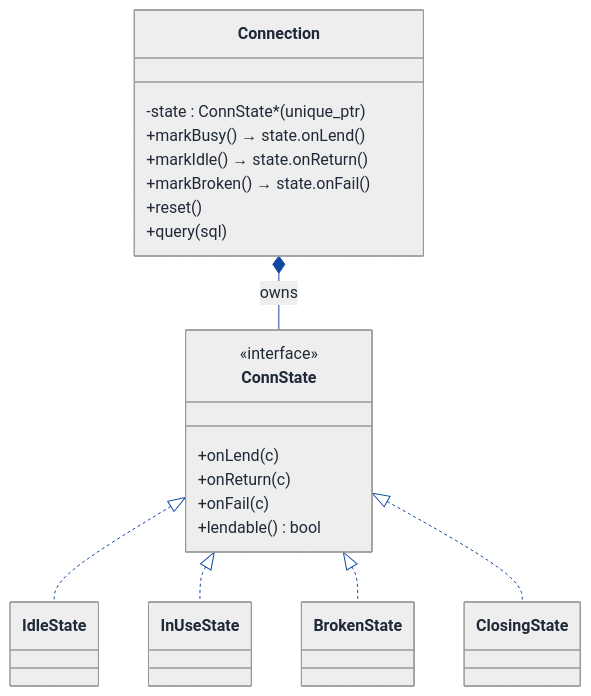
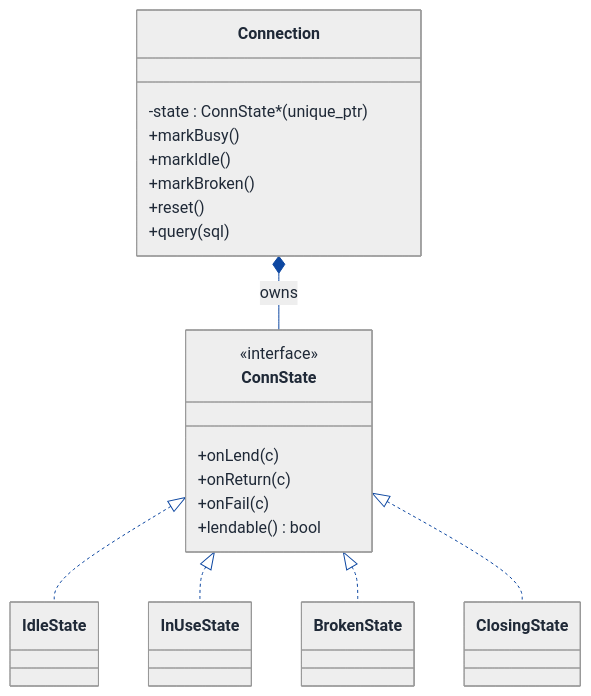
The sixth of 9 diagrams in LLD/Topics/Object_Oriented_Design/Connection_Pool_Manager.md (Prateek-5/question-bank), drawn with Mermaid before and after one commit. The commit also changed other lines of this file and 61 other files, not shown here.

First line of the commit message:
Fix invalid mermaid classDiagram member syntax across LLD walkthroughs

````diff
--- a/LLD/Topics/Object_Oriented_Design/Connection_Pool_Manager.md
+++ b/LLD/Topics/Object_Oriented_Design/Connection_Pool_Manager.md
@@ -944,60 +943,60 @@
 ```mermaid
 ---
 config:
   theme: neutral
   themeVariables:
     background: '#ffffff'
     primaryColor: '#cfe2ff'
     primaryTextColor: '#1f2937'
     primaryBorderColor: '#084298'
     secondaryColor: '#fff3cd'
     secondaryTextColor: '#1f2937'
     secondaryBorderColor: '#664d03'
     tertiaryColor: '#d1e7dd'
     tertiaryTextColor: '#1f2937'
     tertiaryBorderColor: '#0a3622'
     lineColor: '#0d47a1'
     textColor: '#1f2937'
     noteBkgColor: '#fff3cd'
     noteTextColor: '#1f2937'
     noteBorderColor: '#997404'
     actorBkg: '#cfe2ff'
     actorBorder: '#084298'
     actorTextColor: '#1f2937'
     signalColor: '#0d47a1'
     signalTextColor: '#1f2937'
     labelBoxBkgColor: '#ffffff'
     labelBoxBorderColor: '#d3d3d3'
     labelTextColor: '#1f2937'
     edgeLabelBackground: '#ffffff'
     labelBackground: '#ffffff'
     classText: '#1f2937'
     fontFamily: 'system-ui, -apple-system, Segoe UI, Helvetica, Arial, sans-serif'
 ---
 classDiagram
   direction TB
   class Connection {
     -state : ConnState* (unique_ptr)
-    +markBusy() → state.onLend()
-    +markIdle() → state.onReturn()
-    +markBroken() → state.onFail()
+    +markBusy()
+    +markIdle()
+    +markBroken()
     +reset()
     +query(sql)
   }
   class ConnState {
     <<interface>>
     +onLend(c)
     +onReturn(c)
     +onFail(c)
     +lendable() bool
   }
   class IdleState
   class InUseState
   class BrokenState
   class ClosingState
   Connection *-- ConnState : owns
   ConnState <|.. IdleState
   ConnState <|.. InUseState
   ConnState <|.. BrokenState
   ConnState <|.. ClosingState
 ```
````
